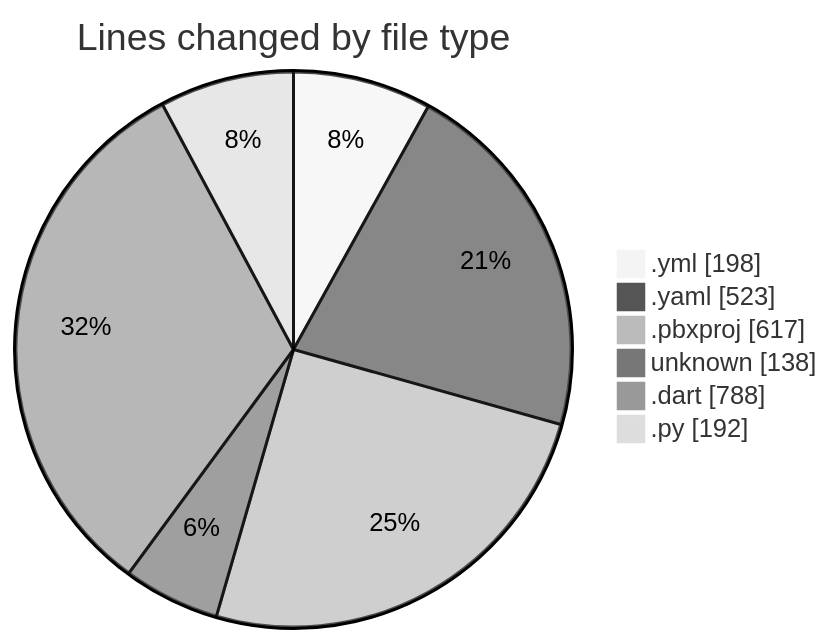
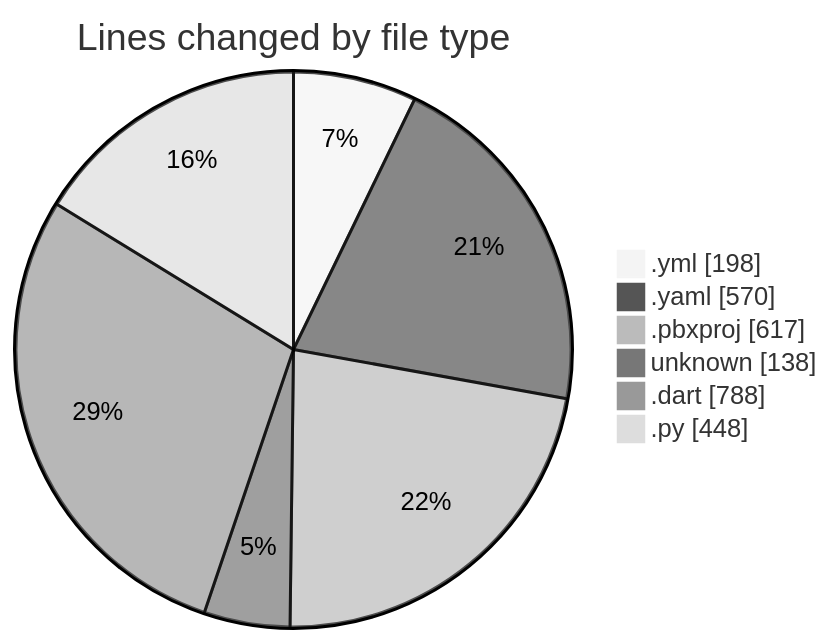
One commit to lephambinh05/code-tracking changed the first of 2 diagrams in 2025-08-08/studybuddy/README.md. Above: the diagram before and after it, drawn with Mermaid (neutral theme). The commit also changed other lines of this file and 1 other file, not shown here.

````diff
--- a/2025-08-08/studybuddy/README.md
+++ b/2025-08-08/studybuddy/README.md
@@ -27,10 +28,10 @@
 ```mermaid
 pie showData
 title Lines changed by file type
 ".yml" : 198
-".yaml" : 523
+".yaml" : 570
 ".pbxproj" : 617
 "unknown" : 138
 ".dart" : 788
-".py" : 192
+".py" : 448
 ```
````
